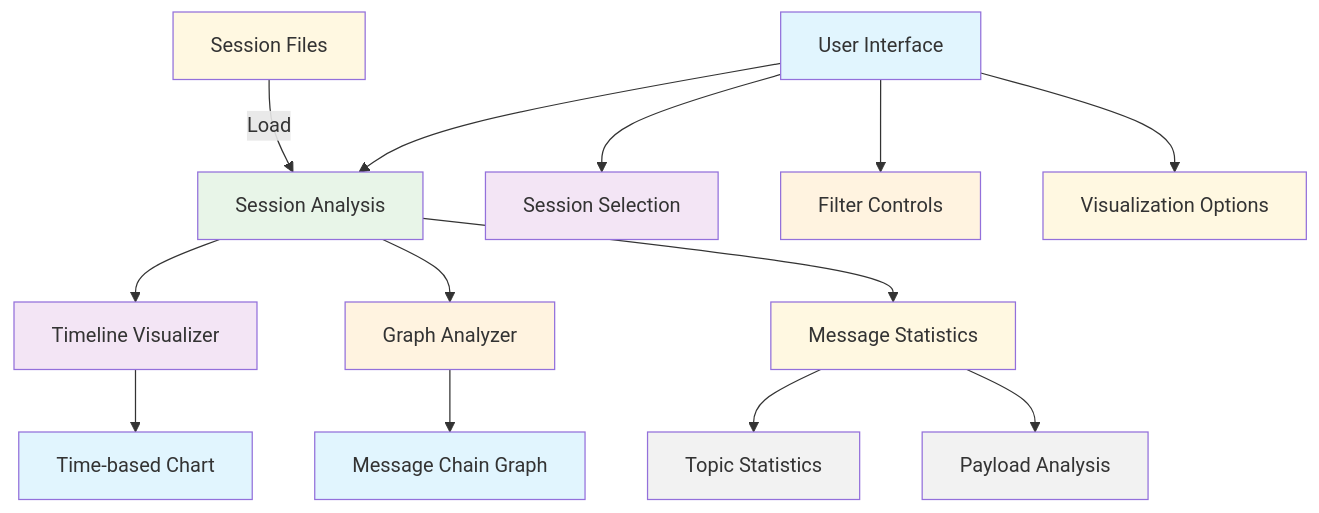
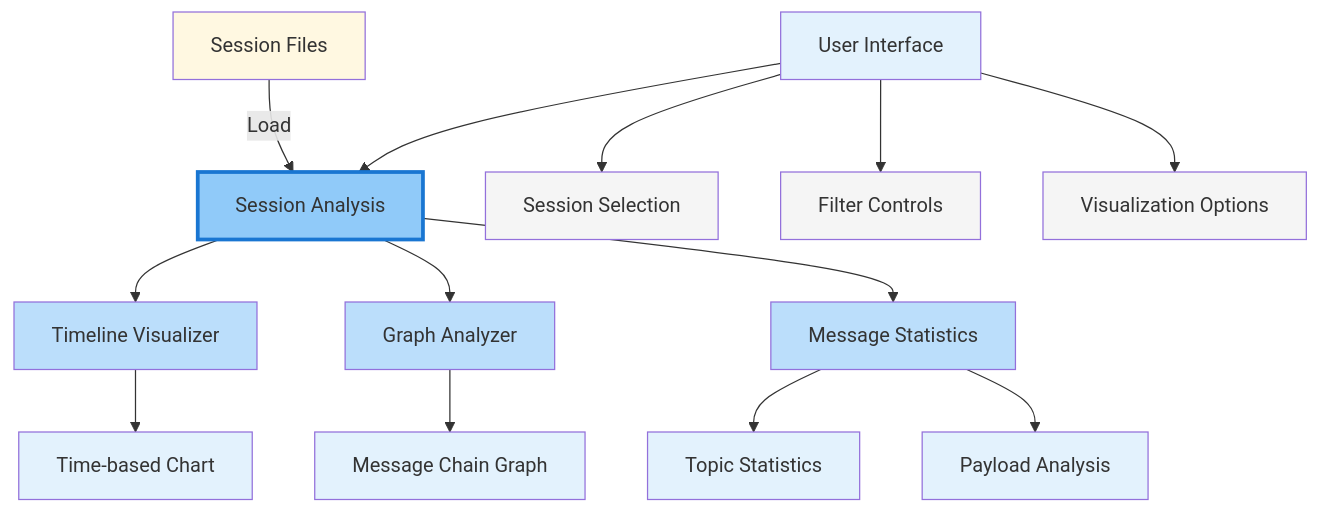
One commit to OliverBerger-ORBIS/ORBIS-Modellfabrik changed the first of 2 diagrams in docs/04-howto/helper_apps/session-manager/session-analysis.md. Above: the diagram before and after it, drawn with Mermaid. The commit also changed other lines of this file and 14 other files, not shown here.

First line of the commit message:
feat: update Mermaid color palette and clean up validation rules

````diff
--- a/docs/04-howto/helper_apps/session-manager/session-analysis.md
+++ b/docs/04-howto/helper_apps/session-manager/session-analysis.md
@@ -9,31 +9,31 @@
 ```mermaid
 graph TD
     A[Session Files] -->|Load| B[Session Analysis]
     B --> C[Timeline Visualizer]
     B --> D[Graph Analyzer]
     B --> E[Message Statistics]
     
     C --> F[Time-based Chart]
     D --> G[Message Chain Graph]
     E --> H[Topic Statistics]
     E --> I[Payload Analysis]
     
     J[User Interface] --> B
     J --> K[Session Selection]
     J --> L[Filter Controls]
     J --> M[Visualization Options]
     
     style A fill:#fff8e1
-    style B fill:#e8f5e8
-    style C fill:#f3e5f5
-    style D fill:#fff3e0
-    style E fill:#fff8e1
-    style F fill:#e1f5fe
-    style G fill:#e1f5fe
-    style H fill:#f2f2f2
-    style I fill:#f2f2f2
-    style J fill:#e1f5fe
-    style K fill:#f3e5f5
-    style L fill:#fff3e0
-    style M fill:#fff8e1
+    style B fill:#90caf9,stroke:#1976d2,stroke-width:3px
+    style C fill:#bbdefb
+    style D fill:#bbdefb
+    style E fill:#bbdefb
+    style F fill:#e3f2fd
+    style G fill:#e3f2fd
+    style H fill:#e3f2fd
+    style I fill:#e3f2fd
+    style J fill:#e3f2fd
+    style K fill:#f5f5f5
+    style L fill:#f5f5f5
+    style M fill:#f5f5f5
 ```
````
